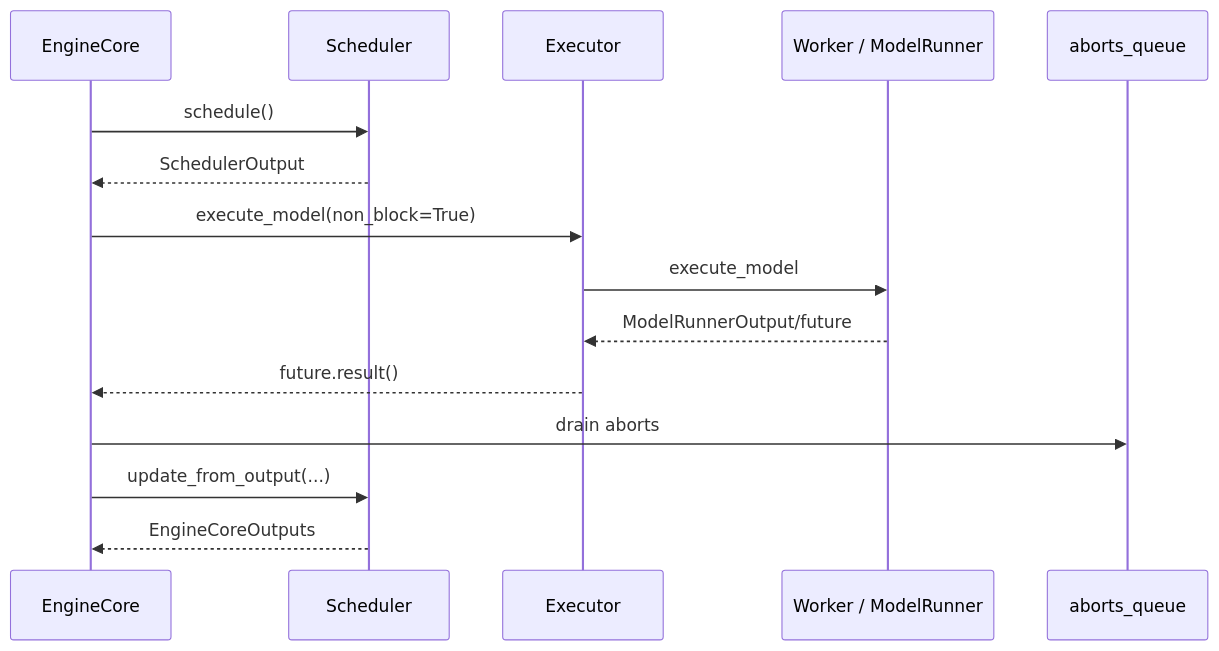
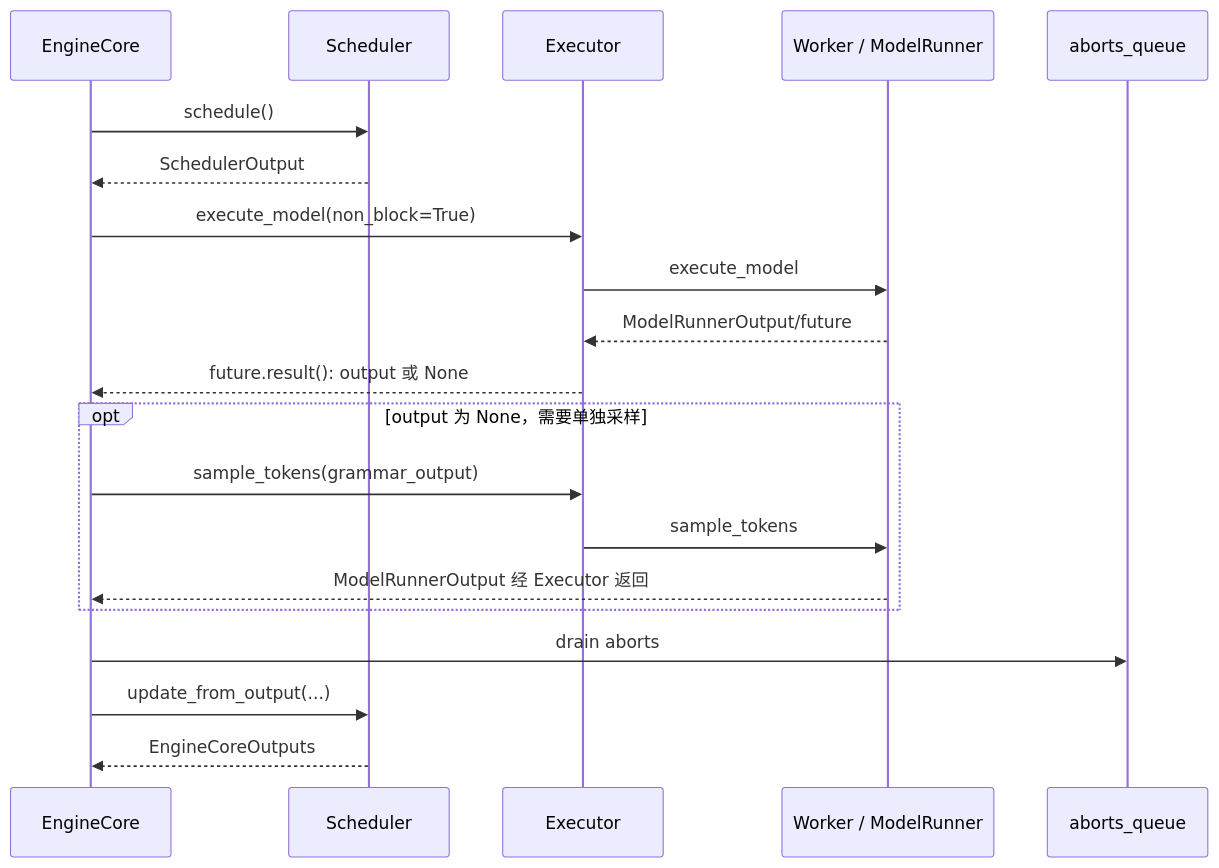
Before and after one commit to cluster1900/vllm_reader: the tenth of 16 diagrams in book/02-vllm-architecture/README.md, drawn with Mermaid. The commit also changed other lines of this file and 38 other files, not shown here.

````diff
--- a/book/02-vllm-architecture/README.md
+++ b/book/02-vllm-architecture/README.md
@@ -643,18 +654,23 @@
 ```mermaid
 sequenceDiagram
     participant EC as EngineCore
     participant S as Scheduler
     participant EX as Executor
     participant W as Worker / ModelRunner
     participant AQ as aborts_queue
 
     EC->>S: schedule()
     S-->>EC: SchedulerOutput
     EC->>EX: execute_model(non_block=True)
     EX->>W: execute_model
     W-->>EX: ModelRunnerOutput/future
-    EX-->>EC: future.result()
+    EX-->>EC: future.result(): output 或 None
+    opt output 为 None，需要单独采样
+        EC->>EX: sample_tokens(grammar_output)
+        EX->>W: sample_tokens
+        W-->>EC: ModelRunnerOutput 经 Executor 返回
+    end
     EC->>AQ: drain aborts
     EC->>S: update_from_output(...)
     S-->>EC: EngineCoreOutputs
 ```
````
